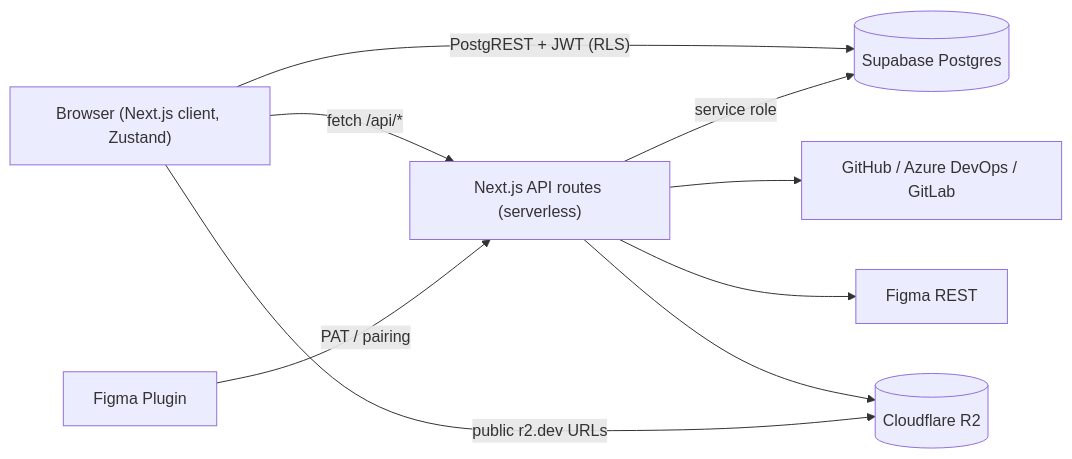
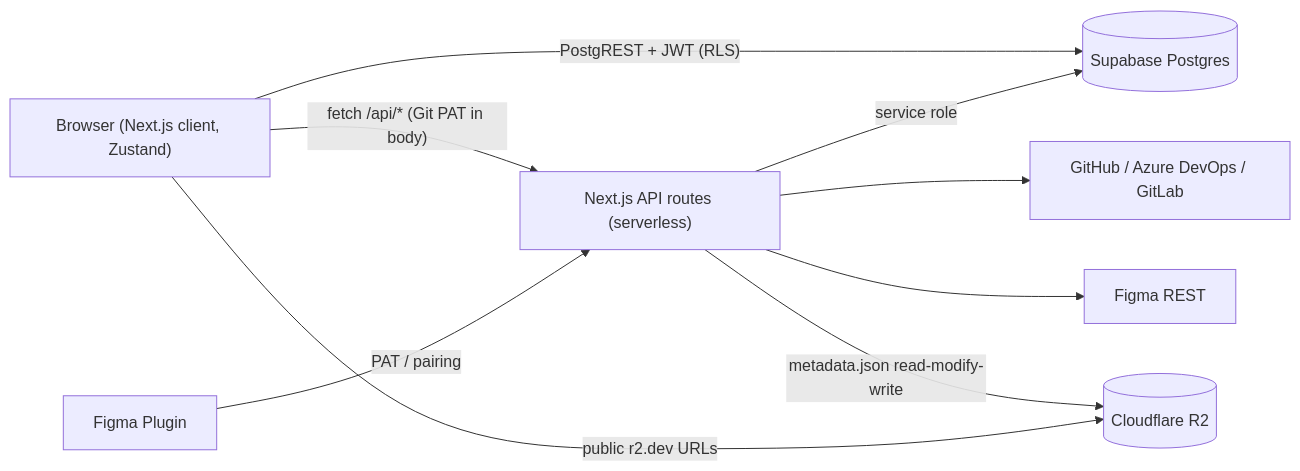
The first of 4 diagrams in docs/RUST_MIGRATION_PLAN.md (enamulkhanbd/second-screen), drawn with Mermaid before and after one commit. The commit also changed other lines of this file, not shown here.

Commit message:
update rust migration plan docs to version 1.1 with re-baselined architecture and token engine priorities

````diff
--- a/docs/RUST_MIGRATION_PLAN.md
+++ b/docs/RUST_MIGRATION_PLAN.md
@@ -92,11 +95,11 @@
 ```mermaid
 flowchart LR
   B["Browser (Next.js client, Zustand)"] -->|"PostgREST + JWT (RLS)"| SB[("Supabase Postgres")]
-  B -->|"fetch /api/*"| N["Next.js API routes (serverless)"]
+  B -->|"fetch /api/* (Git PAT in body)"| N["Next.js API routes (serverless)"]
   N -->|"service role"| SB
   N --> GH["GitHub / Azure DevOps / GitLab"]
   N --> FG["Figma REST"]
-  N --> R2[("Cloudflare R2")]
+  N -->|"metadata.json read-modify-write"| R2[("Cloudflare R2")]
   B -->|"public r2.dev URLs"| R2
   P["Figma Plugin"] -->|"PAT / pairing"| N
 ```
````
